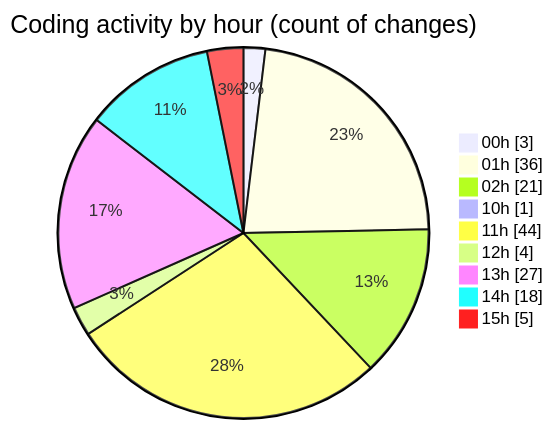
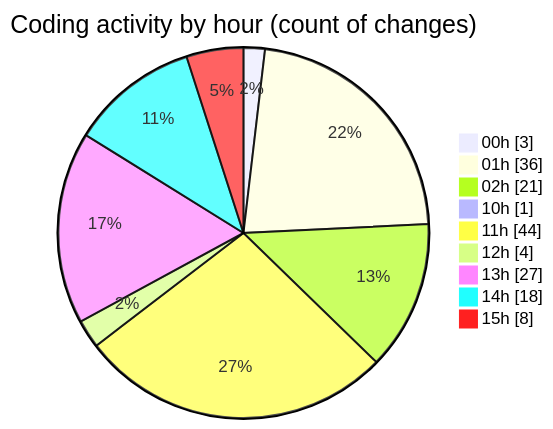
The second of 2 diagrams in 2025-09-05/hiai-phf/README.md (lephambinh05/code-tracking), drawn with Mermaid before and after one commit. The commit also changed other lines of this file and 1 other file, not shown here.

````diff
--- a/2025-09-05/hiai-phf/README.md
+++ b/2025-09-05/hiai-phf/README.md
@@ -83,13 +85,13 @@
 ```mermaid
 pie showData
 title Coding activity by hour (count of changes)
 "00h" : 3
 "01h" : 36
 "02h" : 21
 "10h" : 1
 "11h" : 44
 "12h" : 4
 "13h" : 27
 "14h" : 18
-"15h" : 5
+"15h" : 8
 ```
````
